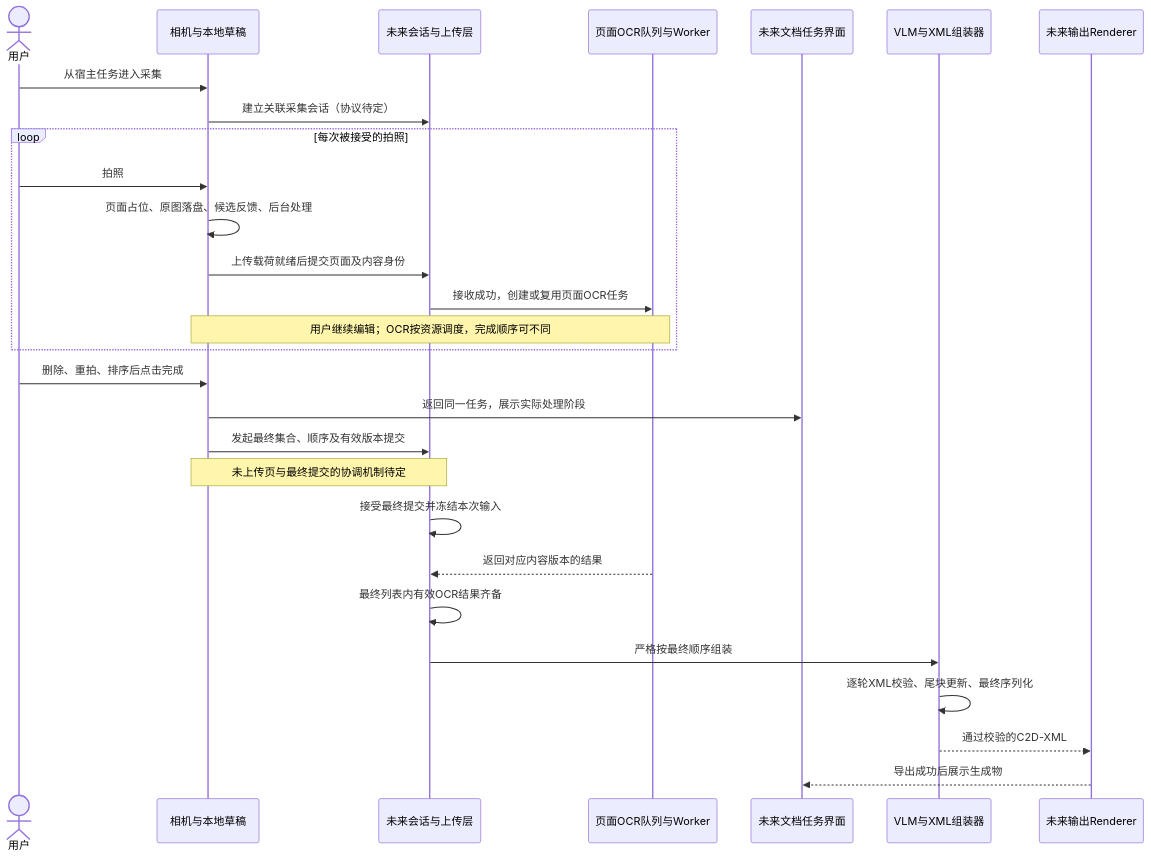
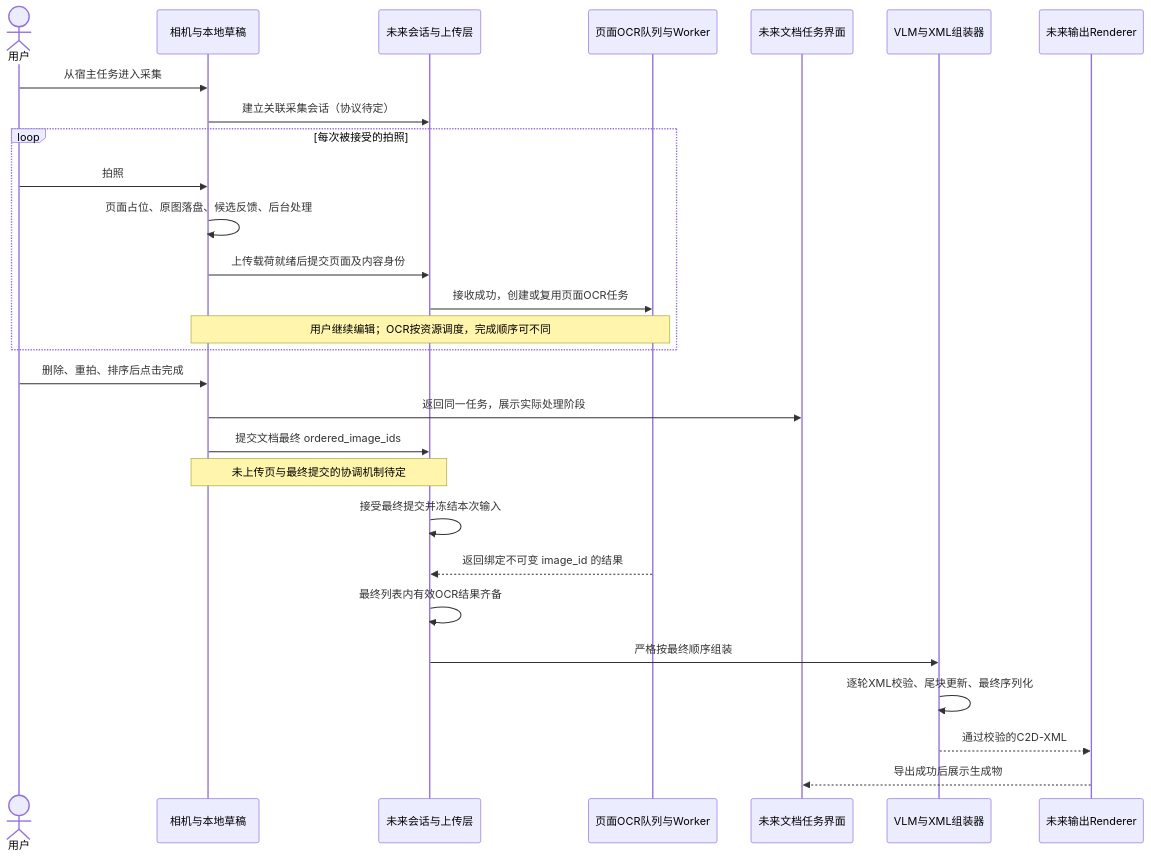
One commit to liuzijian-cs/capture2doc changed the second of 2 diagrams in docs/capture_pipeline.md. Above: the diagram before and after it, drawn with Mermaid. The commit also changed other lines of this file and 26 other files, not shown here.

````diff
--- a/docs/capture_pipeline.md
+++ b/docs/capture_pipeline.md
@@ -69,30 +71,30 @@
 ```mermaid
 sequenceDiagram
     actor User as 用户
     participant App as 相机与本地草稿
     participant API as 未来会话与上传层
     participant OCR as 页面OCR队列与Worker
     participant Task as 未来文档任务界面
     participant VLM as VLM与XML组装器
     participant Renderer as 未来输出Renderer
     User->>App: 从宿主任务进入采集
     App->>API: 建立关联采集会话（协议待定）
     loop 每次被接受的拍照
         User->>App: 拍照
         App->>App: 页面占位、原图落盘、候选反馈、后台处理
         App->>API: 上传载荷就绪后提交页面及内容身份
         API->>OCR: 接收成功，创建或复用页面OCR任务
         Note over App,OCR: 用户继续编辑；OCR按资源调度，完成顺序可不同
     end
     User->>App: 删除、重拍、排序后点击完成
     App->>Task: 返回同一任务，展示实际处理阶段
-    App->>API: 发起最终集合、顺序及有效版本提交
+    App->>API: 提交文档最终 ordered_image_ids
     Note over App,API: 未上传页与最终提交的协调机制待定
     API->>API: 接受最终提交并冻结本次输入
-    OCR-->>API: 返回对应内容版本的结果
+    OCR-->>API: 返回绑定不可变 image_id 的结果
     API->>API: 最终列表内有效OCR结果齐备
     API->>VLM: 严格按最终顺序组装
     VLM->>VLM: 逐轮XML校验、尾块更新、最终序列化
     VLM-->>Renderer: 通过校验的C2D-XML
     Renderer-->>Task: 导出成功后展示生成物
 ```
````
